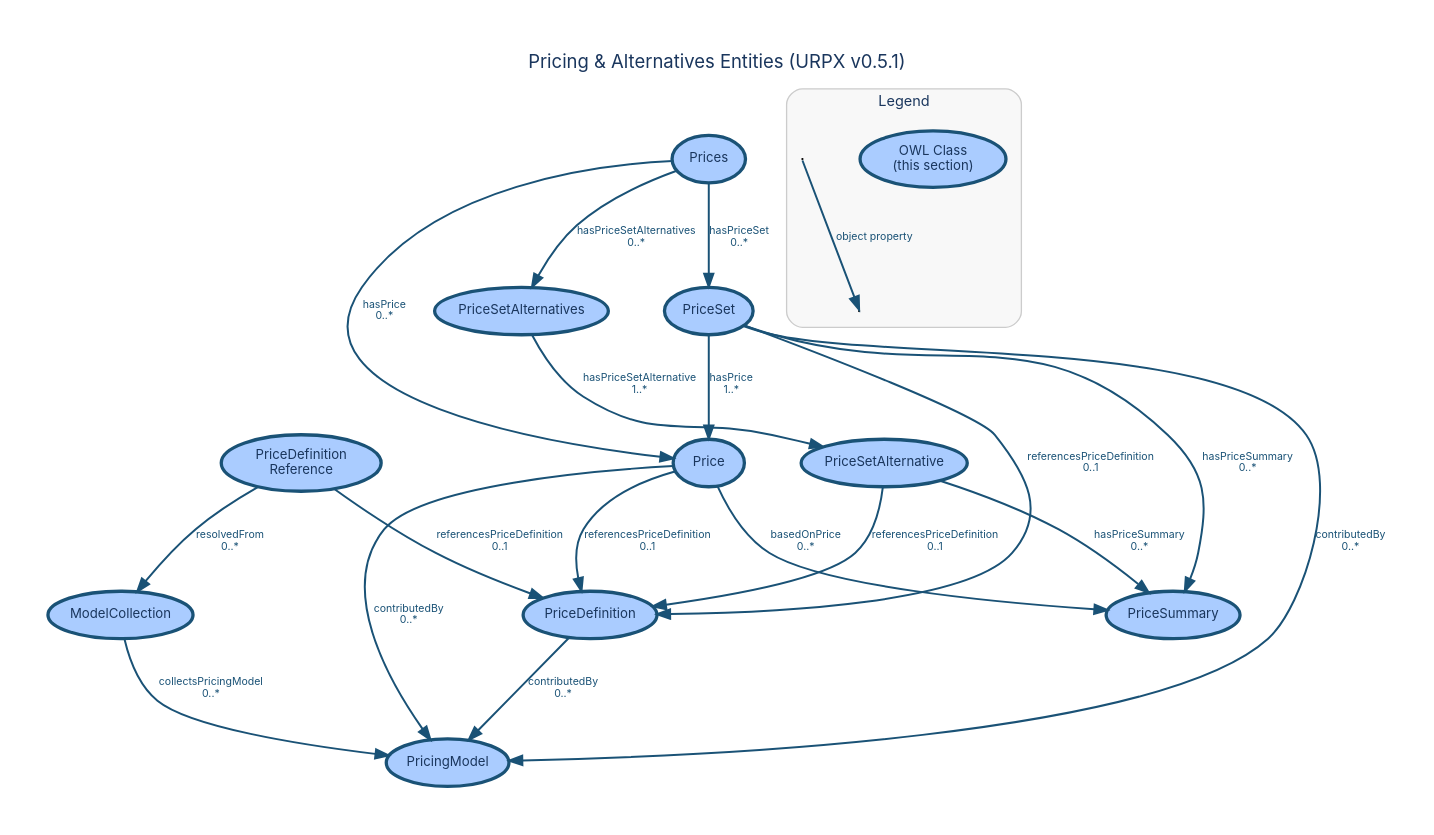
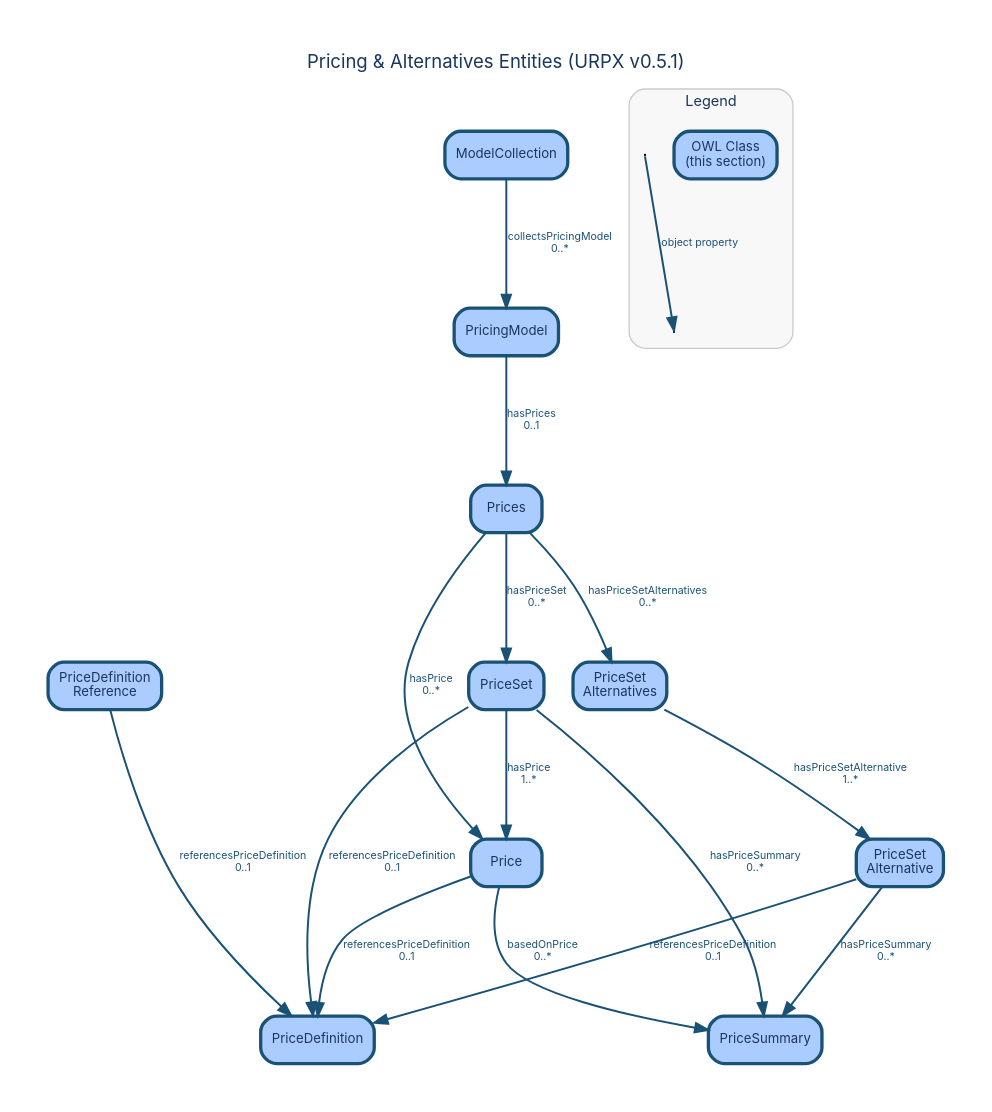
One commit to urpx-org/urpx changed the diagram in documentation/diagrams/dictionary/pricing-alternatives-entities.dot. Above: the diagram before and after it, drawn with Graphviz. The commit also changed 43 other files, not shown here.

```diff
--- a/documentation/diagrams/dictionary/pricing-alternatives-entities.dot
+++ b/documentation/diagrams/dictionary/pricing-alternatives-entities.dot
@@ -1,131 +1,124 @@
 digraph "Pricing & Alternatives Entities" {
     rankdir=TB;
     bgcolor="white";
     pad=0.4;
-    nodesep=0.6;
-    ranksep=0.8;
+    nodesep=0.3;
+    ranksep=1.1;
     fontname="Inter, Helvetica, Arial, sans-serif";
     label="Pricing & Alternatives Entities (URPX v0.5.1)";
     labelloc="t";
     fontsize=14;
     fontcolor="#1a365d";
     node [fontname="Inter, Helvetica, Arial, sans-serif", fontsize=10, style=filled, fontcolor="#1a365d"];
     edge [fontname="Inter, Helvetica, Arial, sans-serif", fontsize=8, fontcolor="#1a365d"];
 
     // Section classes
     PricingModel [
         label="PricingModel"
-        shape=ellipse, fillcolor="#aaccff", color="#1a5276", penwidth=2.5
+        shape=box, style="filled,rounded", fillcolor="#aaccff", color="#1a5276", penwidth=2.5
     ];
     ModelCollection [
         label="ModelCollection"
-        shape=ellipse, fillcolor="#aaccff", color="#1a5276", penwidth=2.5
+        shape=box, style="filled,rounded", fillcolor="#aaccff", color="#1a5276", penwidth=2.5
     ];
     Prices [
         label="Prices"
-        shape=ellipse, fillcolor="#aaccff", color="#1a5276", penwidth=2.5
+        shape=box, style="filled,rounded", fillcolor="#aaccff", color="#1a5276", penwidth=2.5
     ];
     PriceSet [
         label="PriceSet"
-        shape=ellipse, fillcolor="#aaccff", color="#1a5276", penwidth=2.5
+        shape=box, style="filled,rounded", fillcolor="#aaccff", color="#1a5276", penwidth=2.5
     ];
     PriceSetAlternative [
-        label="PriceSetAlternative"
-        shape=ellipse, fillcolor="#aaccff", color="#1a5276", penwidth=2.5
+        label="PriceSet\nAlternative"
+        shape=box, style="filled,rounded", fillcolor="#aaccff", color="#1a5276", penwidth=2.5
     ];
     PriceSetAlternatives [
-        label="PriceSetAlternatives"
-        shape=ellipse, fillcolor="#aaccff", color="#1a5276", penwidth=2.5
+        label="PriceSet\nAlternatives"
+        shape=box, style="filled,rounded", fillcolor="#aaccff", color="#1a5276", penwidth=2.5
     ];
     Price [
         label="Price"
-        shape=ellipse, fillcolor="#aaccff", color="#1a5276", penwidth=2.5
+        shape=box, style="filled,rounded", fillcolor="#aaccff", color="#1a5276", penwidth=2.5
     ];
     PriceDefinition [
         label="PriceDefinition"
-        shape=ellipse, fillcolor="#aaccff", color="#1a5276", penwidth=2.5
+        shape=box, style="filled,rounded", fillcolor="#aaccff", color="#1a5276", penwidth=2.5
     ];
     PriceDefinitionReference [
         label="PriceDefinition\nReference"
-        shape=ellipse, fillcolor="#aaccff", color="#1a5276", penwidth=2.5
+        shape=box, style="filled,rounded", fillcolor="#aaccff", color="#1a5276", penwidth=2.5
     ];
     PriceSummary [
         label="PriceSummary"
-        shape=ellipse, fillcolor="#aaccff", color="#1a5276", penwidth=2.5
+        shape=box, style="filled,rounded", fillcolor="#aaccff", color="#1a5276", penwidth=2.5
     ];
 
     // Object property edges
+    PricingModel -> Prices [
+        label="hasPrices\n0..1", color="#1a5276", fontcolor="#1a5276", penwidth=1.5, weight=10
+    ];
     ModelCollection -> PricingModel [
-        label="collectsPricingModel\n0..*", color="#1a5276", fontcolor="#1a5276", penwidth=1.5
+        label="collectsPricingModel\n0..*", color="#1a5276", fontcolor="#1a5276", penwidth=1.5, weight=10
     ];
     Prices -> Price [
         label="hasPrice\n0..*", color="#1a5276", fontcolor="#1a5276", penwidth=1.5
     ];
     Prices -> PriceSet [
         label="hasPriceSet\n0..*", color="#1a5276", fontcolor="#1a5276", penwidth=1.5, weight=10
     ];
     Prices -> PriceSetAlternatives [
         label="hasPriceSetAlternatives\n0..*", color="#1a5276", fontcolor="#1a5276", penwidth=1.5, weight=8
-    ];
-    PriceSet -> PricingModel [
-        label="contributedBy\n0..*", color="#1a5276", fontcolor="#1a5276", penwidth=1.5
     ];
     PriceSet -> Price [
         label="hasPrice\n1..*", color="#1a5276", fontcolor="#1a5276", penwidth=1.5, weight=8
     ];
     PriceSet -> PriceSummary [
         label="hasPriceSummary\n0..*", color="#1a5276", fontcolor="#1a5276", penwidth=1.5
     ];
     PriceSet -> PriceDefinition [
         label="referencesPriceDefinition\n0..1", color="#1a5276", fontcolor="#1a5276", penwidth=1.5
     ];
     PriceSetAlternative -> PriceSummary [
         label="hasPriceSummary\n0..*", color="#1a5276", fontcolor="#1a5276", penwidth=1.5
     ];
     PriceSetAlternative -> PriceDefinition [
         label="referencesPriceDefinition\n0..1", color="#1a5276", fontcolor="#1a5276", penwidth=1.5
     ];
     PriceSetAlternatives -> PriceSetAlternative [
         label="hasPriceSetAlternative\n1..*", color="#1a5276", fontcolor="#1a5276", penwidth=1.5
     ];
     Price -> PriceSummary [
         label="basedOnPrice\n0..*", color="#1a5276", fontcolor="#1a5276", penwidth=1.5
     ];
-    Price -> PricingModel [
-        label="contributedBy\n0..*", color="#1a5276", fontcolor="#1a5276", penwidth=1.5
-    ];
     Price -> PriceDefinition [
         label="referencesPriceDefinition\n0..1", color="#1a5276", fontcolor="#1a5276", penwidth=1.5
-    ];
-    PriceDefinition -> PricingModel [
-        label="contributedBy\n0..*", color="#1a5276", fontcolor="#1a5276", penwidth=1.5
     ];
     PriceDefinitionReference -> PriceDefinition [
         label="referencesPriceDefinition\n0..1", color="#1a5276", fontcolor="#1a5276", penwidth=1.5
     ];
-    PriceDefinitionReference -> ModelCollection [
-        label="resolvedFrom\n0..*", color="#1a5276", fontcolor="#1a5276", penwidth=1.5
-    ];
 
     // Layout-specified rank groups
+    { rank=same; ModelCollection; }
+    { rank=same; PricingModel; }
     { rank=same; Prices; }
-    { rank=same; PriceSet; PriceSetAlternatives; }
+    { rank=same; PriceSet; PriceSetAlternatives; PriceDefinitionReference; }
     { rank=same; PriceSetAlternative; Price; }
     { rank=same; PriceDefinition; PriceSummary; }
 
     subgraph cluster_legend {
         label="Legend";
         fontname="Inter, Helvetica, Arial, sans-serif";
         fontsize=11;
         fontcolor="#1a365d";
         style=rounded;
         color="#cccccc";
         bgcolor="#f8f8f8";
         margin=12;
 
-        leg_class [label="OWL Class\n(this section)", shape=ellipse, fillcolor="#aaccff", color="#1a5276", penwidth=2.5];
+        leg_class [label="OWL Class\n(this section)", shape=box, style="filled,rounded", fillcolor="#aaccff", color="#1a5276", penwidth=2.5];
         leg_src [label=" ", shape=point, width=0.01];
         leg_tgt1 [label=" ", shape=point, width=0.01];
         leg_src -> leg_tgt1 [label="object property", color="#1a5276", fontcolor="#1a5276", penwidth=1.5];
     }
 }
```
